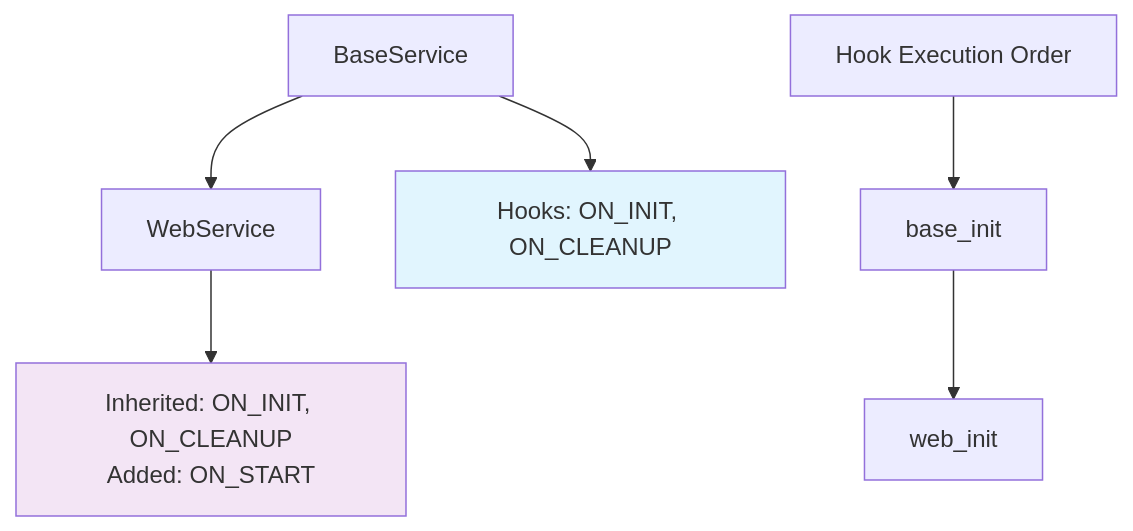
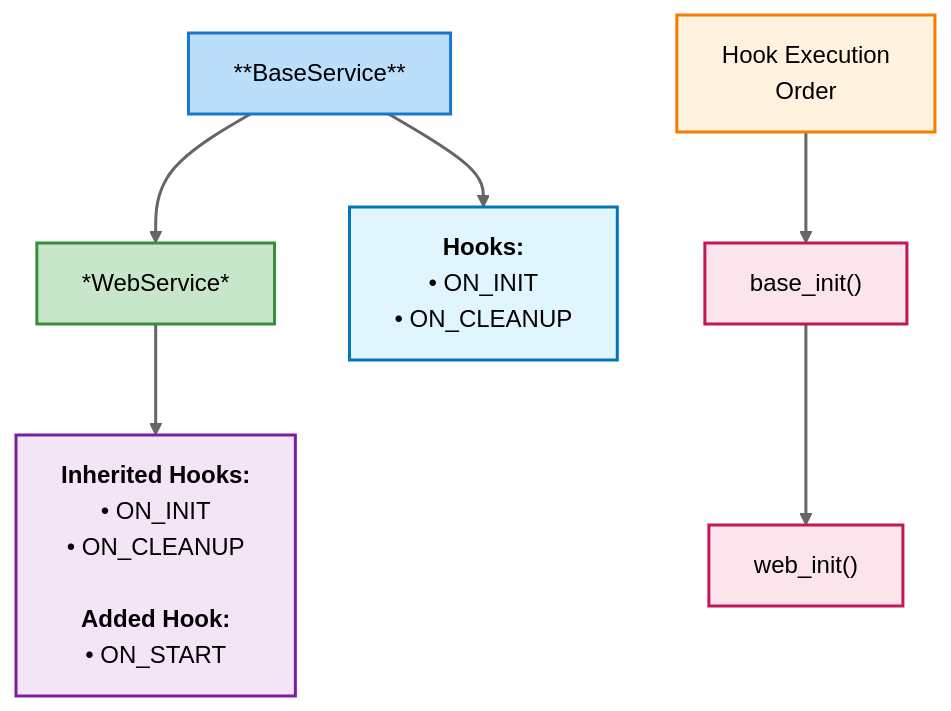
One commit to ai-dynamo/aiperf changed the second of 2 diagrams in docs/hook-system.md. Above: the diagram before and after it, drawn with Mermaid. The commit also changed other lines of this file, not shown here.

Commit message:
cleanup markdown file

````diff
--- a/docs/hook-system.md
+++ b/docs/hook-system.md
@@ -188,12 +210,25 @@
 ```mermaid
 graph TD
-    A[BaseService] --> B[WebService]
-    A --> C["Hooks: ON_INIT, ON_CLEANUP"]
-    B --> D["Inherited: ON_INIT, ON_CLEANUP<br/>Added: ON_START"]
+    A["**BaseService**"] --> B["*WebService*"]
+    A --> C["<b>Hooks:</b><br/>• ON_INIT<br/>• ON_CLEANUP"]
+    B --> D["<b>Inherited Hooks:</b><br/>• ON_INIT<br/>• ON_CLEANUP<br/><br/><b>Added Hook:</b><br/>• ON_START"]
 
-    E[Hook Execution Order] --> F[base_init]
-    F --> G[web_init]
+    E["Hook Execution<br/>Order"] --> F["base_init()"]
+    F --> G["web_init()"]
 
-    style C fill:#e1f5fe
-    style D fill:#f3e5f5
+    %% Styling for better visibility
+    style A fill:#bbdefb,stroke:#1976d2,stroke-width:2px,color:#000
+    style B fill:#c8e6c9,stroke:#388e3c,stroke-width:2px,color:#000
+    style C fill:#e1f5fe,stroke:#0277bd,stroke-width:2px,color:#000
+    style D fill:#f3e5f5,stroke:#7b1fa2,stroke-width:2px,color:#000
+    style E fill:#fff3e0,stroke:#f57c00,stroke-width:2px,color:#000
+    style F fill:#fce4ec,stroke:#c2185b,stroke-width:2px,color:#000
+    style G fill:#fce4ec,stroke:#c2185b,stroke-width:2px,color:#000
+
+    %% Better arrow styling
+    linkStyle 0 stroke:#666,stroke-width:2px
+    linkStyle 1 stroke:#666,stroke-width:2px
+    linkStyle 2 stroke:#666,stroke-width:2px
+    linkStyle 3 stroke:#666,stroke-width:2px
+    linkStyle 4 stroke:#666,stroke-width:2px
 ```
````
